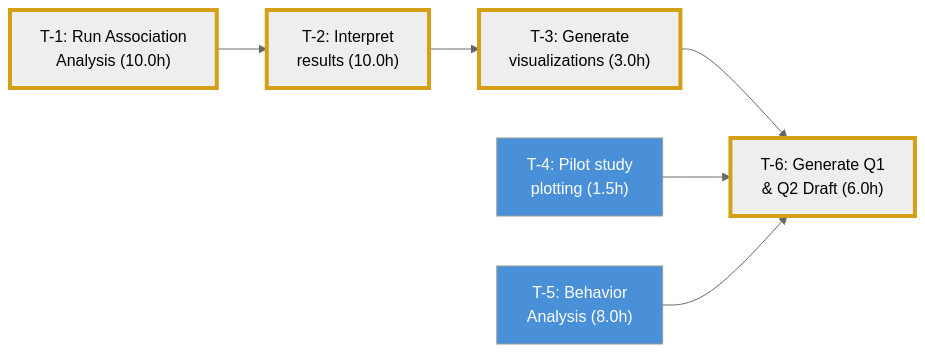
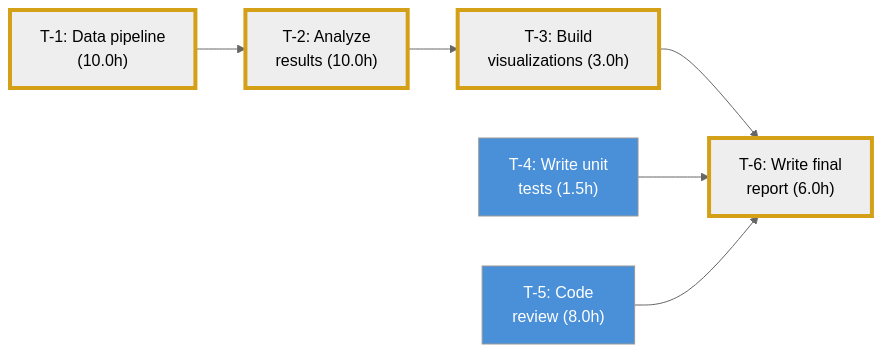
The diagram in README.md (aredwine3/DAGr), drawn with Mermaid (neutral theme) before and after one commit. The commit also changed other lines of this file and 2 other files, not shown here.

````diff
--- a/README.md
+++ b/README.md
@@ -324,28 +7,28 @@
 ```mermaid
 graph LR
-    T-1["T-1: Run Association
-Analysis (10.0h)"]
-    T-2["T-2: Interpret
+    T-1["T-1: Data pipeline
+(10.0h)"]
+    T-2["T-2: Analyze
 results (10.0h)"]
-    T-3["T-3: Generate
+    T-3["T-3: Build
 visualizations (3.0h)"]
-    T-4["T-4: Pilot study
-plotting (1.5h)"]
-    T-5["T-5: Behavior
-Analysis (8.0h)"]
-    T-6["T-6: Generate Q1
-& Q2 Draft (6.0h)"]
+    T-4["T-4: Write unit
+tests (1.5h)"]
+    T-5["T-5: Code
+review (8.0h)"]
+    T-6["T-6: Write final
+report (6.0h)"]
 
     T-1 --> T-2
     T-2 --> T-3
     T-3 --> T-6
     T-4 --> T-6
     T-5 --> T-6
 
     style T-1 stroke:#d4a017,stroke-width:4px
     style T-2 stroke:#d4a017,stroke-width:4px
     style T-3 stroke:#d4a017,stroke-width:4px
     style T-6 stroke:#d4a017,stroke-width:4px
     style T-4 fill:#4a90d9,color:#fff
     style T-5 fill:#4a90d9,color:#fff
 ```
````
